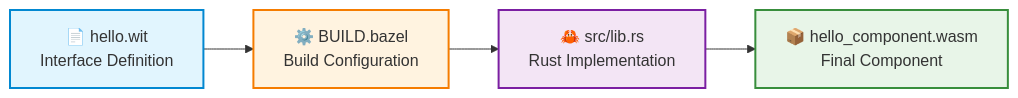
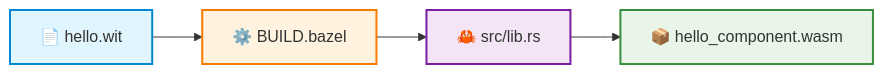
One commit to pulseengine/rules_wasm_component changed the first of 6 diagrams in docs-site/src/content/docs/tutorials/code-explained.mdx. Above: the diagram before and after it, drawn with Mermaid. The commit also changed other lines of this file and 22 other files, not shown here.

````diff
--- a/docs-site/src/content/docs/tutorials/code-explained.mdx
+++ b/docs-site/src/content/docs/tutorials/code-explained.mdx
@@ -12,16 +12,16 @@
 ```mermaid
 flowchart LR
-    A["📄 hello.wit<br/>Interface Definition"] 
-    B["⚙️ BUILD.bazel<br/>Build Configuration"]
-    C["🦀 src/lib.rs<br/>Rust Implementation"]
-    D["📦 hello_component.wasm<br/>Final Component"]
+    A[📄 hello.wit]
+    B[⚙️ BUILD.bazel]
+    C[🦀 src/lib.rs]
+    D[📦 hello_component.wasm]
     
     A --> B
     B --> C
     C --> D
     
     style A fill:#e1f5fe,stroke:#0288d1,stroke-width:2px
     style B fill:#fff3e0,stroke:#f57c00,stroke-width:2px  
     style C fill:#f3e5f5,stroke:#7b1fa2,stroke-width:2px
     style D fill:#e8f5e8,stroke:#388e3c,stroke-width:2px
 ```
````
